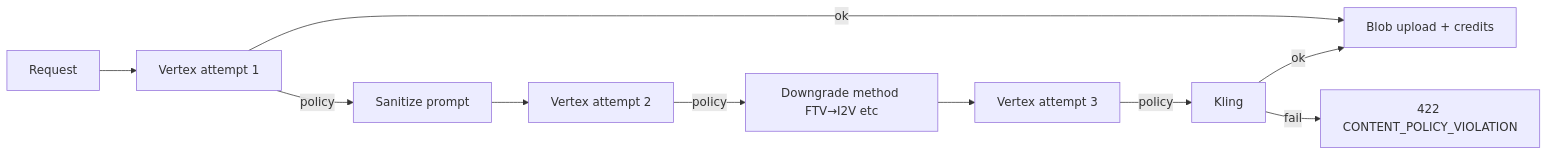
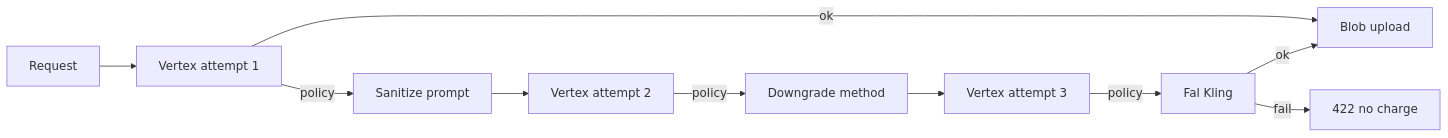
Before and after one commit to anderson0531/sceneflowai: the diagram in sceneflow-ai-nextjs/docs/KLING_POLICY_FALLBACK.md, drawn with Mermaid. The commit also changed other lines of this file and 18 other files, not shown here.

First line of the commit message:
Route policy fallback through Fal.ai-hosted Kling models.

````diff
--- a/sceneflow-ai-nextjs/docs/KLING_POLICY_FALLBACK.md
+++ b/sceneflow-ai-nextjs/docs/KLING_POLICY_FALLBACK.md
@@ -7,12 +7,12 @@
 ```mermaid
 flowchart LR
   A[Request] --> B[Vertex attempt 1]
   B -->|policy| C[Sanitize prompt]
   C --> D[Vertex attempt 2]
-  D -->|policy| E[Downgrade method FTV→I2V etc]
+  D -->|policy| E[Downgrade method]
   E --> F[Vertex attempt 3]
-  F -->|policy| G[Kling]
-  B -->|ok| H[Blob upload + credits]
+  F -->|policy| G[Fal Kling]
+  B -->|ok| H[Blob upload]
   G -->|ok| H
-  G -->|fail| I[422 CONTENT_POLICY_VIOLATION]
+  G -->|fail| I[422 no charge]
 ```
````
